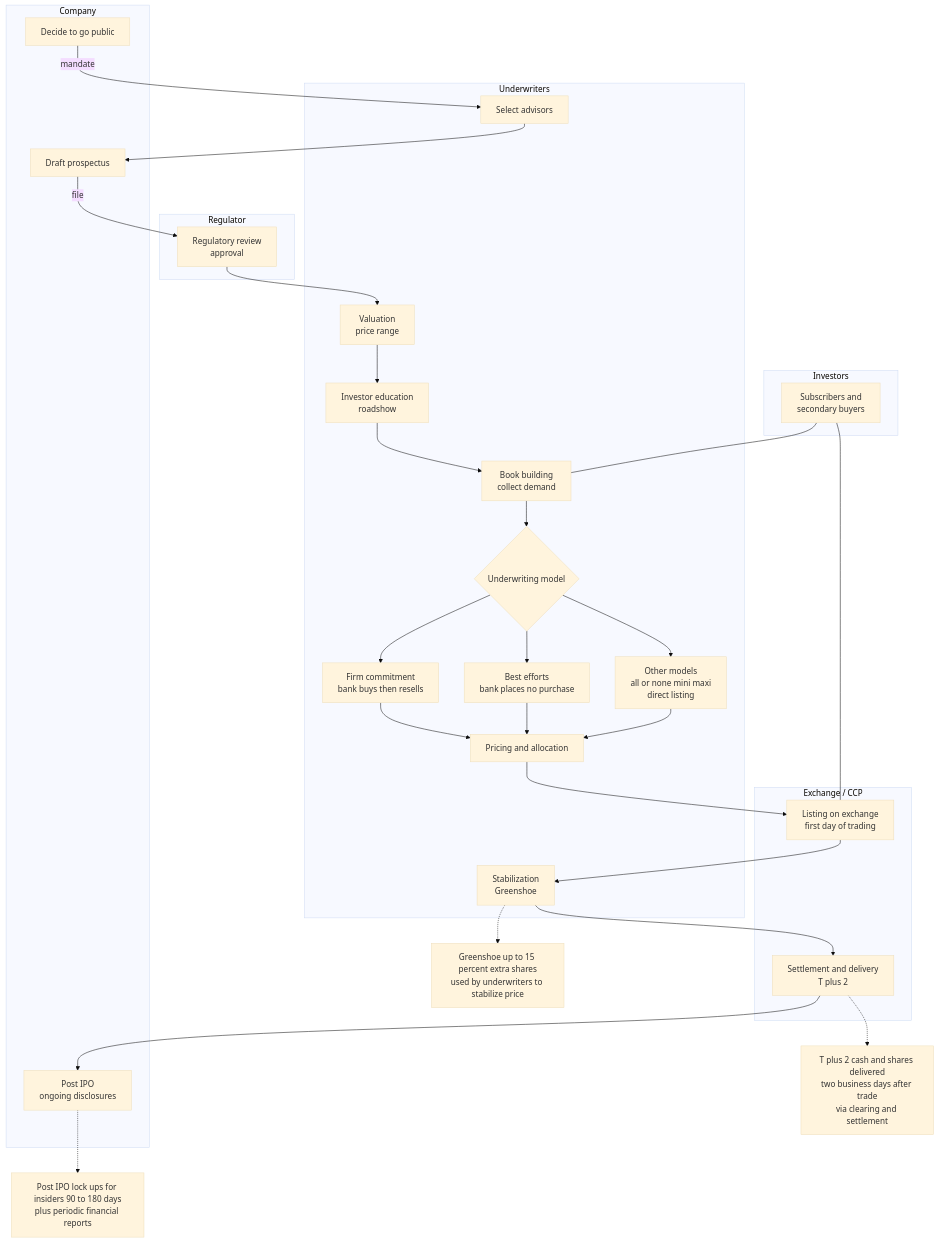
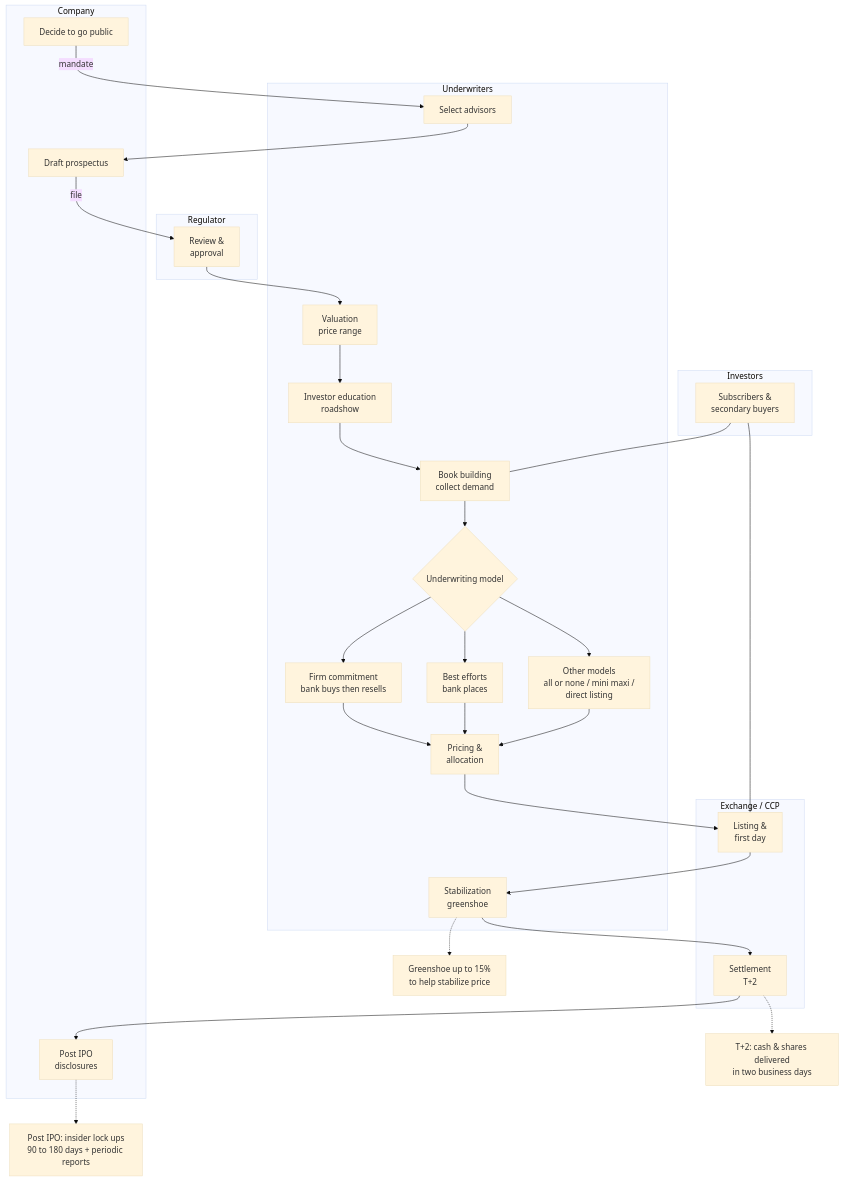
Before and after one commit to CheickPaul/Finance-Python-Learning-Portfolio: the first of 2 diagrams in epat--quantinsti/modules/m01_epat_primer/primer02_stock_market_basics/ipo_process.md, drawn with Mermaid (base theme).

````diff
--- a/epat--quantinsti/modules/m01_epat_primer/primer02_stock_market_basics/ipo_process.md
+++ b/epat--quantinsti/modules/m01_epat_primer/primer02_stock_market_basics/ipo_process.md
@@ -3,60 +3,60 @@
 ```mermaid
 flowchart TD
 
 %% --- Swimlanes / actors ---
 subgraph C0[Company]
   C1[Decide to go public]
   C2[Draft prospectus]
-  C3[Post IPO<br/>ongoing disclosures]
+  C3[Post IPO<br/>disclosures]
 end
 
 subgraph U0[Underwriters]
   U1[Select advisors]
   U2[Valuation<br/>price range]
   U3[Investor education<br/>roadshow]
   U4[Book building<br/>collect demand]
   U5{Underwriting model}
   U5a[Firm commitment<br/>bank buys then resells]
-  U5b[Best efforts<br/>bank places no purchase]
-  U5c[Other models<br/>all or none mini maxi<br/>direct listing]
-  U6[Pricing and allocation]
-  U7[Stabilization<br/>Greenshoe]
+  U5b[Best efforts<br/>bank places]
+  U5c[Other models<br/>all or none / mini maxi /<br/>direct listing]
+  U6[Pricing &<br/>allocation]
+  U7[Stabilization<br/>greenshoe]
 end
 
 subgraph R0[Regulator]
-  R1[Regulatory review<br/>approval]
+  R1[Review &<br/>approval]
 end
 
 subgraph X0[Exchange / CCP]
-  X1[Listing on exchange<br/>first day of trading]
-  X2[Settlement and delivery<br/>T plus 2]
+  X1[Listing &<br/>first day]
+  X2[Settlement<br/>T+2]
 end
 
 subgraph I0[Investors]
-  I1[Subscribers and<br/>secondary buyers]
+  I1[Subscribers &<br/>secondary buyers]
 end
 
 %% --- Main flow with a few edge labels ---
 C1 -->|mandate| U1
 U1 --> C2
 C2 -->|file| R1
 R1 --> U2
 U2 --> U3 --> U4 --> U5
 U5 --> U5a --> U6
 U5 --> U5b --> U6
 U5 --> U5c --> U6
 U6 --> X1 --> U7 --> X2 --> C3
 
 %% investors connect at primary and secondary stages
 I1 --- U4
 I1 --- X1
 
-%% --- Explanatory callouts (short and wrapped, no parentheses/dashes) ---
-Kx[Greenshoe up to 15 percent extra shares<br/>used by underwriters to stabilize price]
-Tx[T plus 2 cash and shares delivered<br/>two business days after trade<br/>via clearing and settlement]
-Lx[Post IPO lock ups for insiders 90 to 180 days<br/>plus periodic financial reports]
+%% --- Explanatory callouts (short and wrapped)
+Kx[Greenshoe up to 15%<br/>to help stabilize price]
+Tx[T+2: cash & shares delivered<br/>in two business days]
+Lx[Post IPO: insider lock ups<br/>90 to 180 days + periodic reports]
 
 U7 -.-> Kx
 X2 -.-> Tx
 C3 -.-> Lx
 ```
````
